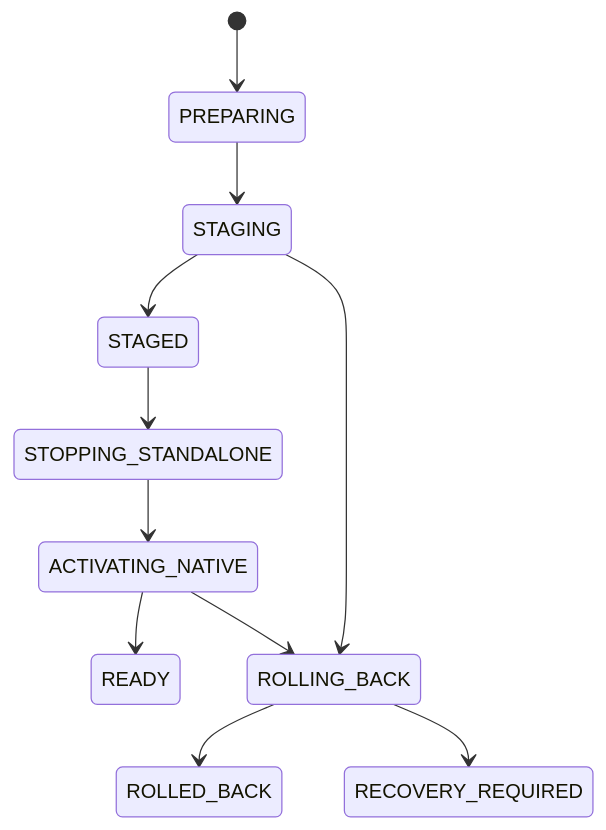
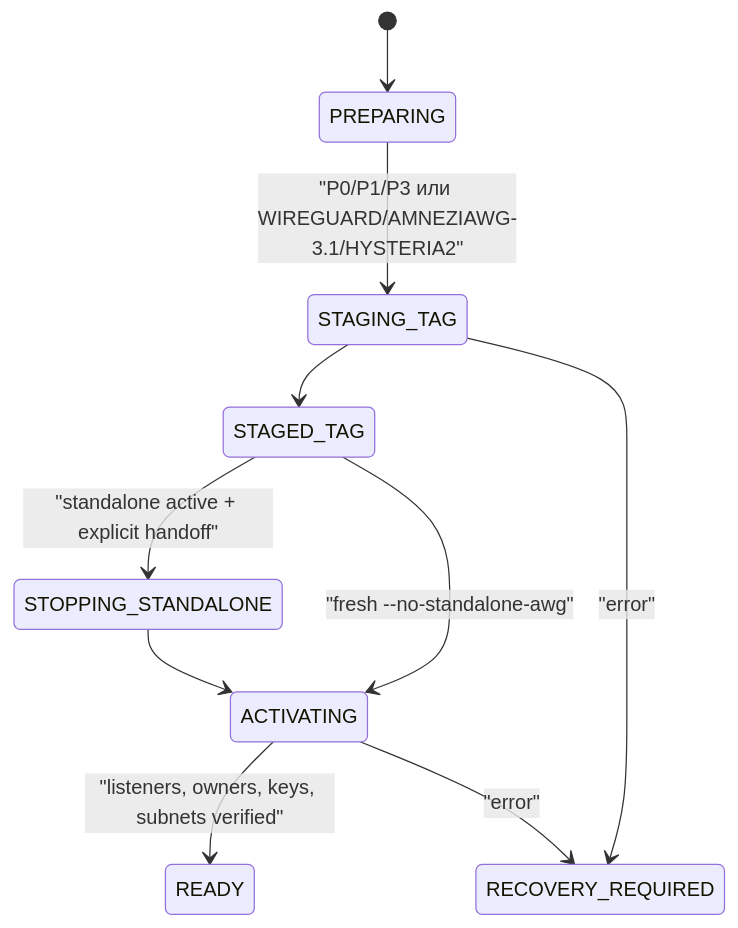
One commit to test-alexsun/3xui-pro-fork changed the second of 2 diagrams in docs/ARCHITECTURE.md. Above: the diagram before and after it, drawn with Mermaid. The commit also changed other lines of this file and 60 other files, not shown here.

````diff
--- a/docs/ARCHITECTURE.md
+++ b/docs/ARCHITECTURE.md
@@ -53,13 +60,12 @@
 ```mermaid
 stateDiagram-v2
     [*] --> PREPARING
-    PREPARING --> STAGING
-    STAGING --> STAGED
-    STAGED --> STOPPING_STANDALONE
-    STOPPING_STANDALONE --> ACTIVATING_NATIVE
-    ACTIVATING_NATIVE --> READY
-    STAGING --> ROLLING_BACK
-    ACTIVATING_NATIVE --> ROLLING_BACK
-    ROLLING_BACK --> ROLLED_BACK
-    ROLLING_BACK --> RECOVERY_REQUIRED
+    PREPARING --> STAGING_TAG: "P0/P1/P3 или WIREGUARD/AMNEZIAWG-3.1/HYSTERIA2"
+    STAGING_TAG --> STAGED_TAG
+    STAGED_TAG --> STOPPING_STANDALONE: "standalone active + explicit handoff"
+    STAGED_TAG --> ACTIVATING: "fresh --no-standalone-awg"
+    STOPPING_STANDALONE --> ACTIVATING
+    ACTIVATING --> READY: "listeners, owners, keys, subnets verified"
+    STAGING_TAG --> RECOVERY_REQUIRED: "error"
+    ACTIVATING --> RECOVERY_REQUIRED: "error"
 ```
````
